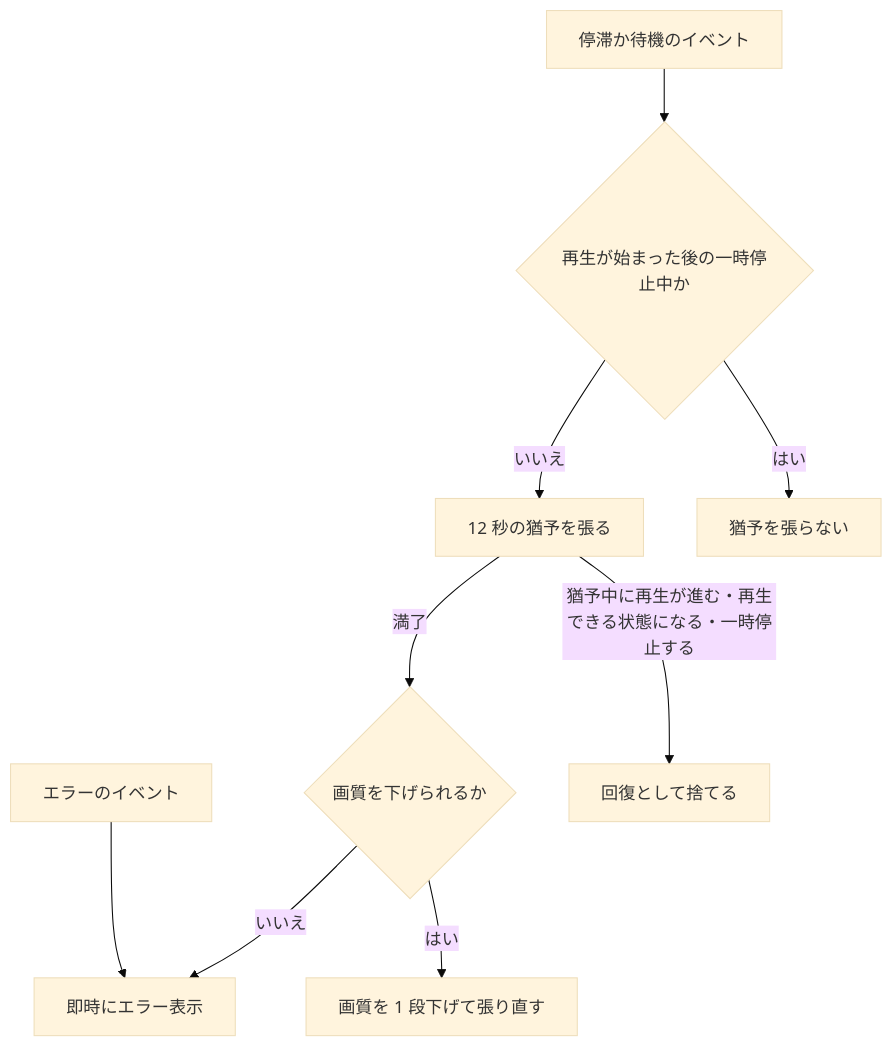
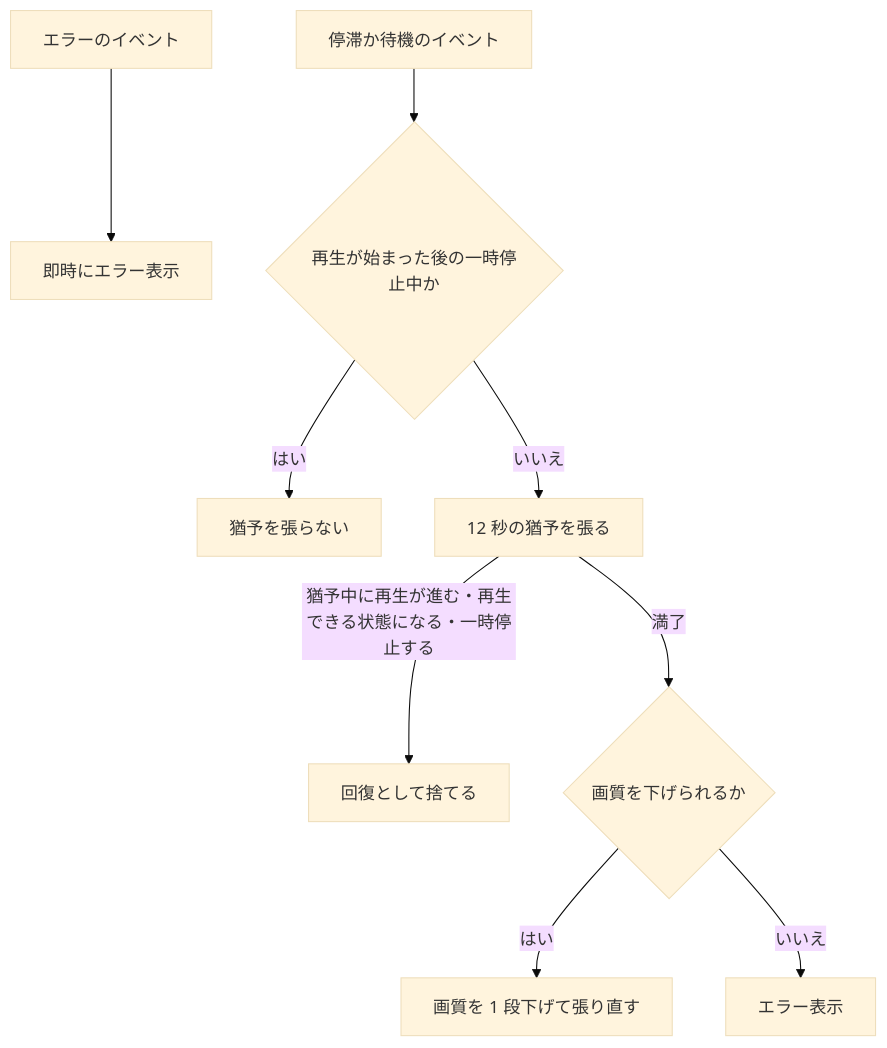
The second of 2 diagrams in docs/frontend/live/playback.md (fetburner/rokuban), drawn with Mermaid (base theme) before and after one commit. The commit also changed other lines of this file and 8 other files, not shown here.

````diff
--- a/docs/frontend/live/playback.md
+++ b/docs/frontend/live/playback.md
@@ -121,11 +121,11 @@
 ```mermaid
 flowchart TD
   E[エラーのイベント] --> F[即時にエラー表示]
   S[停滞か待機のイベント] --> G{再生が始まった後の一時停止中か}
   G -- はい --> N[猶予を張らない]
   G -- いいえ --> T[12 秒の猶予を張る]
   T -- 猶予中に再生が進む・再生できる状態になる・一時停止する --> R[回復として捨てる]
   T -- 満了 --> D{画質を下げられるか}
   D -- はい --> Q[画質を 1 段下げて張り直す]
-  D -- いいえ --> F
+  D -- いいえ --> F2[エラー表示]
 ```
````
